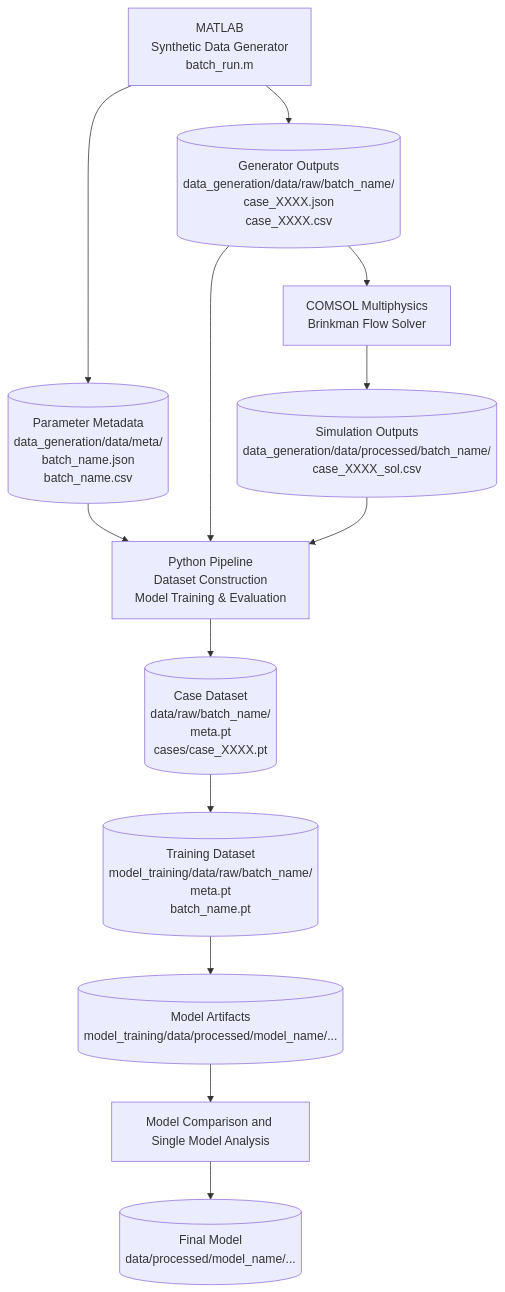
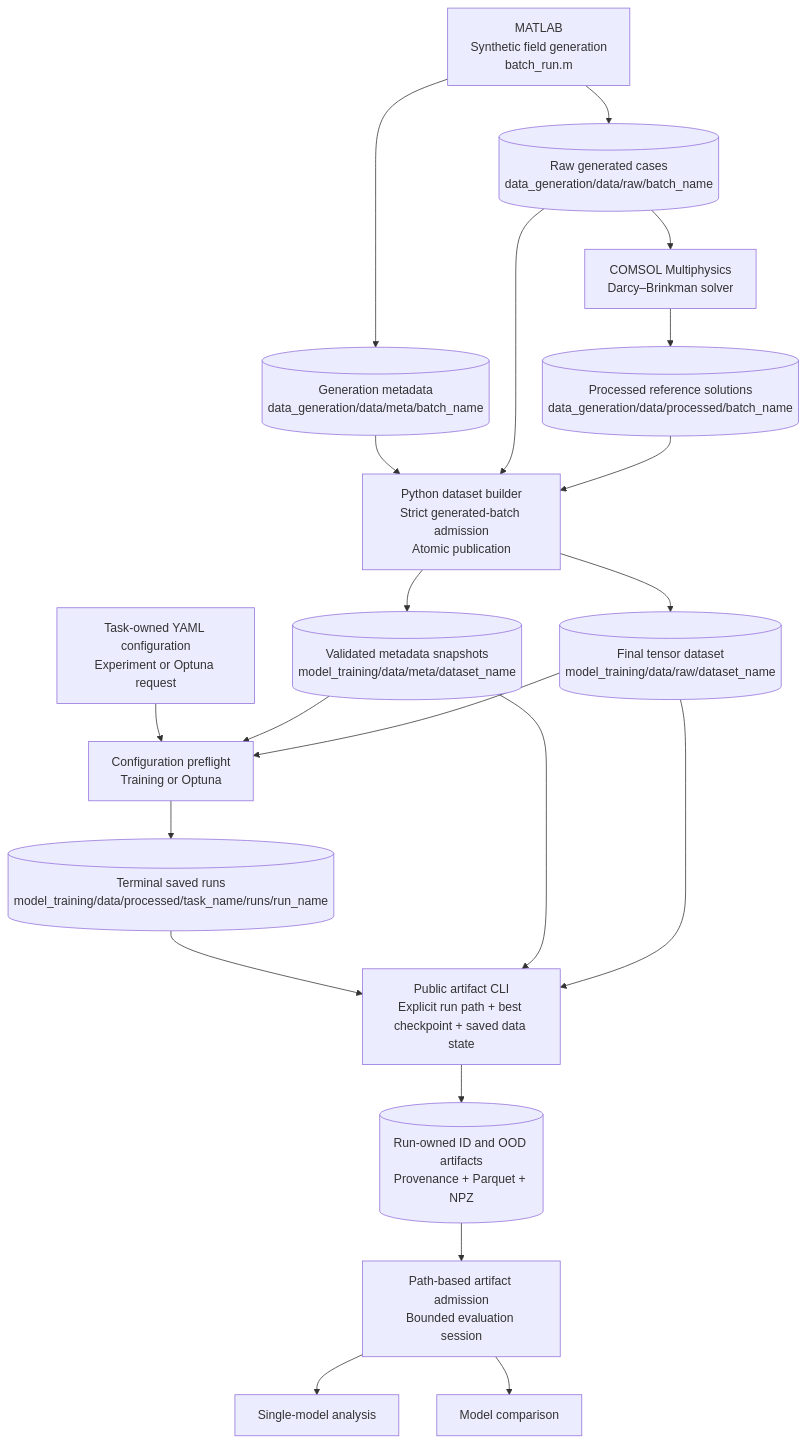
One commit to Rinovative/grainlegumes-pino changed the first of 2 diagrams in README.md. Above: the diagram before and after it, drawn with Mermaid. The commit also changed other lines of this file and 148 other files, not shown here.

````diff
--- a/README.md
+++ b/README.md
@@ -111,31 +113,40 @@
 ```mermaid
 flowchart TD
 
-M[MATLAB<br/>Synthetic Data Generator<br/>batch_run.m]
-D1[(Parameter Metadata<br/>data_generation/data/meta/<br/>batch_name.json<br/>batch_name.csv)]
-D2[(Generator Outputs<br/>data_generation/data/raw/batch_name/<br/>case_XXXX.json<br/>case_XXXX.csv)]
-C[COMSOL Multiphysics<br/>Brinkman Flow Solver]
-D3[(Simulation Outputs<br/>data_generation/data/processed/batch_name/<br/>case_XXXX_sol.csv)]
-P[Python Pipeline<br/>Dataset Construction<br/>Model Training & Evaluation]
-D4[(Case Dataset<br/>data/raw/batch_name/<br/>meta.pt<br/>cases/case_XXXX.pt<br/>)]
-D5[(Training Dataset<br/>model_training/data/raw/batch_name/<br/>meta.pt<br/>batch_name.pt)]
-D6[(Model Artifacts<br/>model_training/data/processed/model_name/...)]
-E[Model Comparison and Single Model Analysis]
-D7[(Final Model<br/>data/processed/model_name/...)]
+M[MATLAB<br/>Synthetic field generation<br/>batch_run.m]
+G1[(Generation metadata<br/>data_generation/data/meta/batch_name)]
+G2[(Raw generated cases<br/>data_generation/data/raw/batch_name)]
+C[COMSOL Multiphysics<br/>Darcy–Brinkman solver]
+G3[(Processed reference solutions<br/>data_generation/data/processed/batch_name)]
+B[Python dataset builder<br/>Strict generated-batch admission<br/>Atomic publication]
+D1[(Validated metadata snapshots<br/>model_training/data/meta/dataset_name)]
+D2[(Final tensor dataset<br/>model_training/data/raw/dataset_name)]
+X[Task-owned YAML configuration<br/>Experiment or Optuna request]
+T[Configuration preflight<br/>Training or Optuna]
+R[(Terminal saved runs<br/>model_training/data/processed/task_name/runs/run_name)]
+A[Public artifact CLI<br/>Explicit run path + best checkpoint + saved data state]
+D3[(Run-owned ID and OOD artifacts<br/>Provenance + Parquet + NPZ)]
+L[Path-based artifact admission<br/>Bounded evaluation session]
+E1[Single-model analysis]
+E2[Model comparison]
 
-M --> D1
-M --> D2
-D2 --> C
-C --> D3
-
-D1 --> P
-D2 --> P
-D3 --> P
-
-P --> D4
-D4 --> D5
-D5 --> D6
-D6 --> E
-E --> D7
+M --> G1
+M --> G2
+G2 --> C --> G3
+G1 --> B
+G2 --> B
+G3 --> B
+B --> D1
+B --> D2
+X --> T
+D1 --> T
+D2 --> T
+T --> R
+R --> A
+D1 --> A
+D2 --> A
+A --> D3 --> L
+L --> E1
+L --> E2
 
 ```
````
